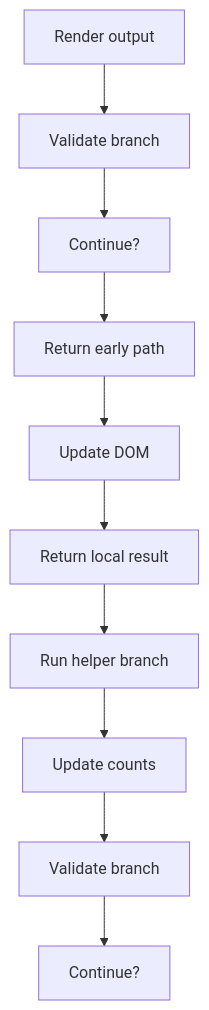
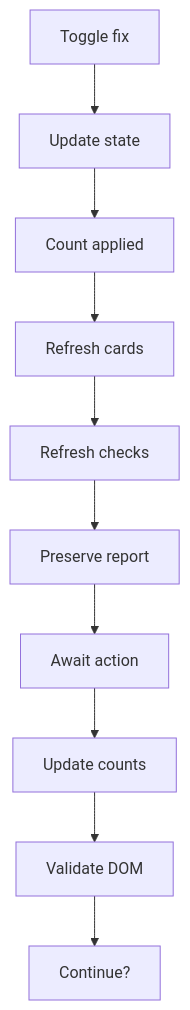
Before and after one commit to JohnAndrewBalbarosa/NeoTerritory: the second of 6 diagrams in docs/Codebase/Frontend/scripts/fix-suggestions.js.md, drawn with Mermaid. The commit also changed other lines of this file and 31 other files, not shown here.

````diff
--- a/docs/Codebase/Frontend/scripts/fix-suggestions.js.md
+++ b/docs/Codebase/Frontend/scripts/fix-suggestions.js.md
@@ -48,22 +48,22 @@
 ```mermaid
 flowchart TD
-    N0["Render output"]
-    N1["Validate branch"]
-    N2["Continue?"]
-    N3["Return early path"]
-    N4["Update DOM"]
-    N5["Return local result"]
-    N6["Run helper branch"]
+    N0["Toggle fix"]
+    N1["Update state"]
+    N2["Count applied"]
+    N3["Refresh cards"]
+    N4["Refresh checks"]
+    N5["Preserve report"]
+    N6["Await action"]
     N7["Update counts"]
-    N8["Validate branch"]
+    N8["Validate DOM"]
     N9["Continue?"]
     N0 --> N1
     N1 --> N2
     N2 --> N3
     N3 --> N4
     N4 --> N5
     N5 --> N6
     N6 --> N7
     N7 --> N8
     N8 --> N9
 ```
````
